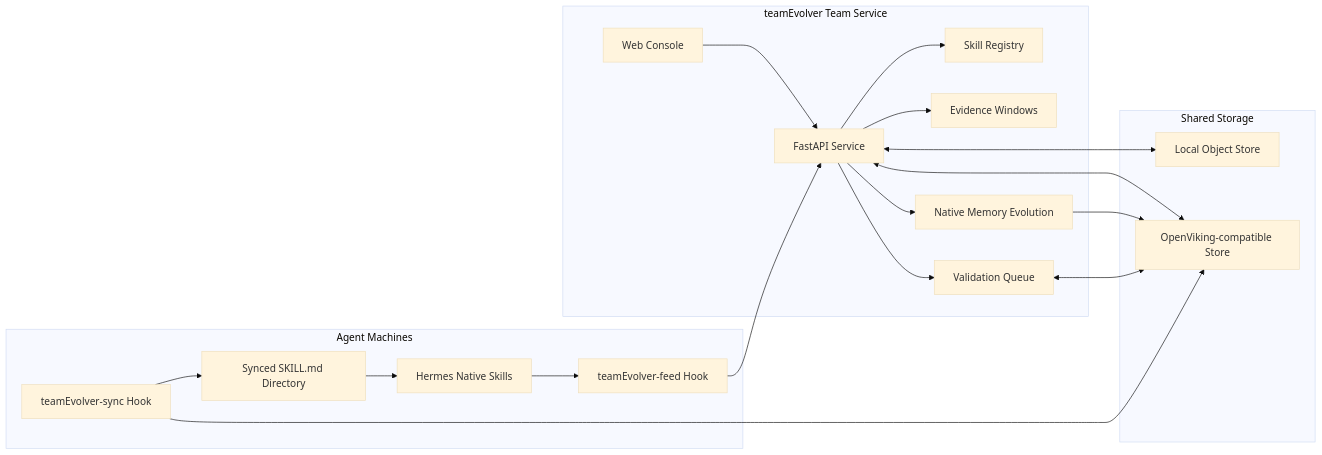
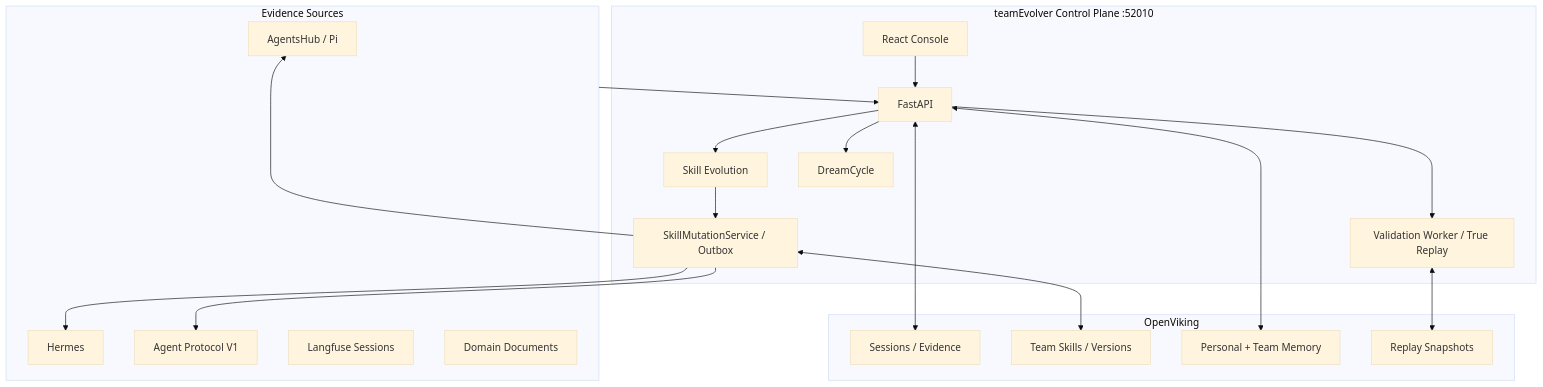
Before and after one commit to leoriczhang/teamEvolver: the second of 2 diagrams in README.en.md, drawn with Mermaid (base theme). The commit also changed other lines of this file and 36 other files, not shown here.

First line of the commit message:
Add docs site, Hermes delivery, and SkillMutationService

````diff
--- a/README.en.md
+++ b/README.en.md
@@ -91,38 +87,40 @@
 ```mermaid
-flowchart LR
-    subgraph Team["teamEvolver Team Service"]
-        Console["Web Console"]
-        API["FastAPI Service"]
-        Registry["Skill Registry"]
-        Evidence["Evidence Windows"]
-        Validation["Validation Queue"]
-        DreamCycle["Native Memory Evolution"]
+flowchart TB
+    subgraph Sources["Evidence Sources"]
+        AgentsHub["AgentsHub / Pi"]
+        Hermes["Hermes"]
+        Generic["Agent Protocol V1"]
+        LFIn["Langfuse Sessions"]
+        Docs["Domain Documents"]
     end
 
-    subgraph Storage["Shared Storage"]
-        Local["Local Object Store"]
-        Viking["OpenViking-compatible Store"]
+    subgraph Control["teamEvolver Control Plane :52010"]
+        Console["React Console"]
+        API["FastAPI"]
+        Evolution["Skill Evolution"]
+        Replay["Validation Worker / True Replay"]
+        Memory["DreamCycle"]
+        Mutation["SkillMutationService / Outbox"]
     end
 
-    subgraph Agent["Agent Machines"]
-        Sync["teamEvolver-sync Hook"]
-        Feed["teamEvolver-feed Hook"]
-        Dir["Synced SKILL.md Directory"]
-        Hermes["Hermes Native Skills"]
+    subgraph Context["OpenViking"]
+        Sessions["Sessions / Evidence"]
+        Skills["Team Skills / Versions"]
+        Memories["Personal + Team Memory"]
+        Snapshots["Replay Snapshots"]
     end
 
+    Sources --> API
     Console --> API
-    API --> Registry
-    API --> Evidence
-    API --> Validation
-    API --> DreamCycle
-    API <--> Local
-    API <--> Viking
-    DreamCycle --> Viking
-    Validation <--> Viking
-    Sync --> Viking
-    Sync --> Dir
-    Dir --> Hermes
-    Hermes --> Feed
-    Feed --> API
+    API --> Evolution
+    API --> Replay
+    API --> Memory
+    Evolution --> Mutation
+    Mutation <--> Skills
+    API <--> Sessions
+    API <--> Memories
+    Replay <--> Snapshots
+    Mutation --> AgentsHub
+    Mutation --> Hermes
+    Mutation --> Generic
 ```
````
